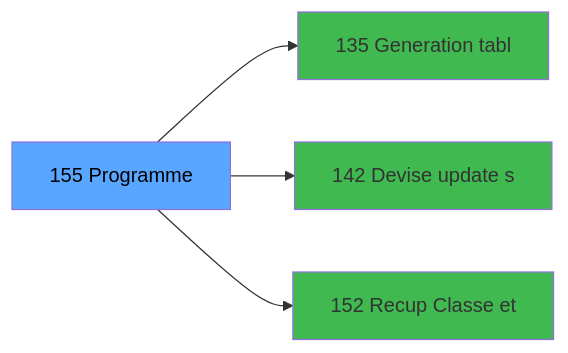
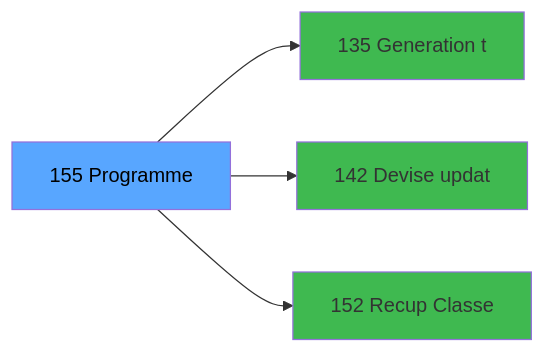
One commit to thonyAGP/magic-migration changed the third of 3 diagrams in .openspec/specs/ADH-IDE-155.md. Above: the diagram before and after it, drawn with Mermaid. The commit also changed other lines of this file and 323 other files, not shown here.

````diff
--- a/.openspec/specs/ADH-IDE-155.md
+++ b/.openspec/specs/ADH-IDE-155.md
@@ -148,14 +180,14 @@
 ```mermaid
 graph LR
     T[155 Programme]
-    C135[135 Generation tabl]
+    C135[135 Generation t]
     T --> C135
-    C142[142 Devise update s]
+    C142[142 Devise updat]
     T --> C142
-    C152[152 Recup Classe et]
+    C152[152 Recup Classe]
     T --> C152
     style T fill:#58a6ff,color:#000
     style C135 fill:#3fb950
     style C142 fill:#3fb950
     style C152 fill:#3fb950
 ```
````
